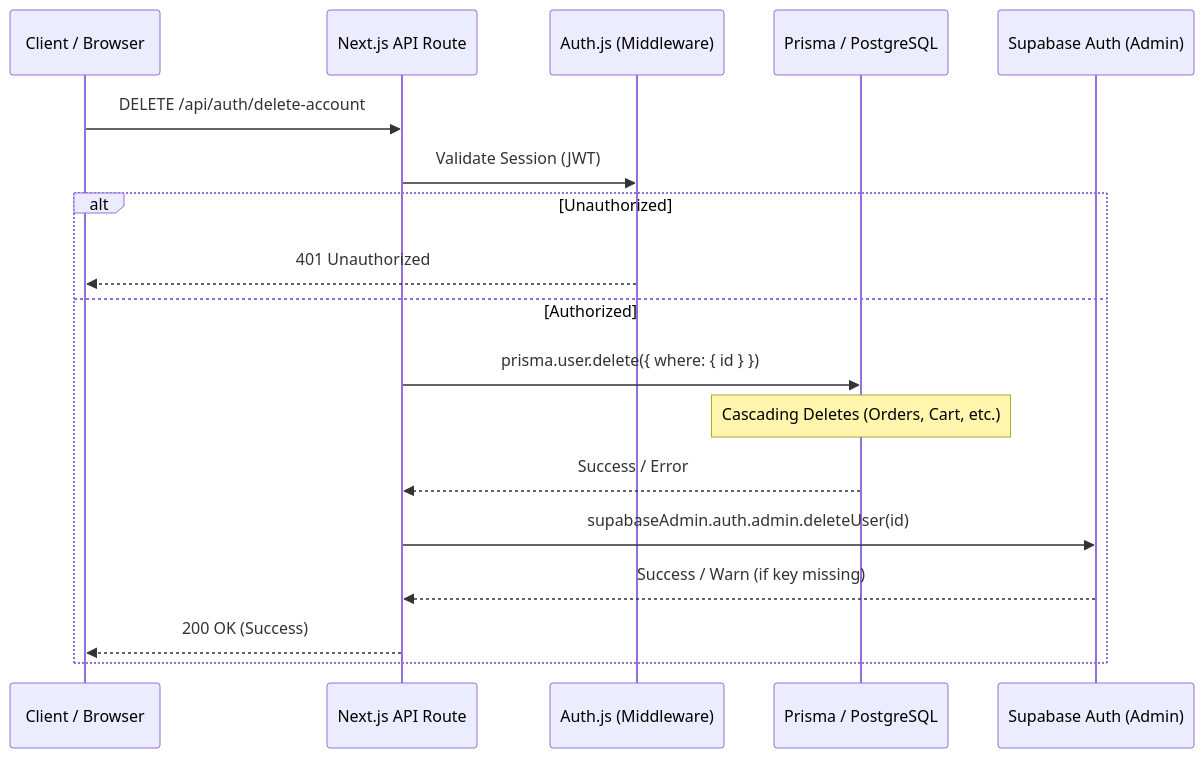
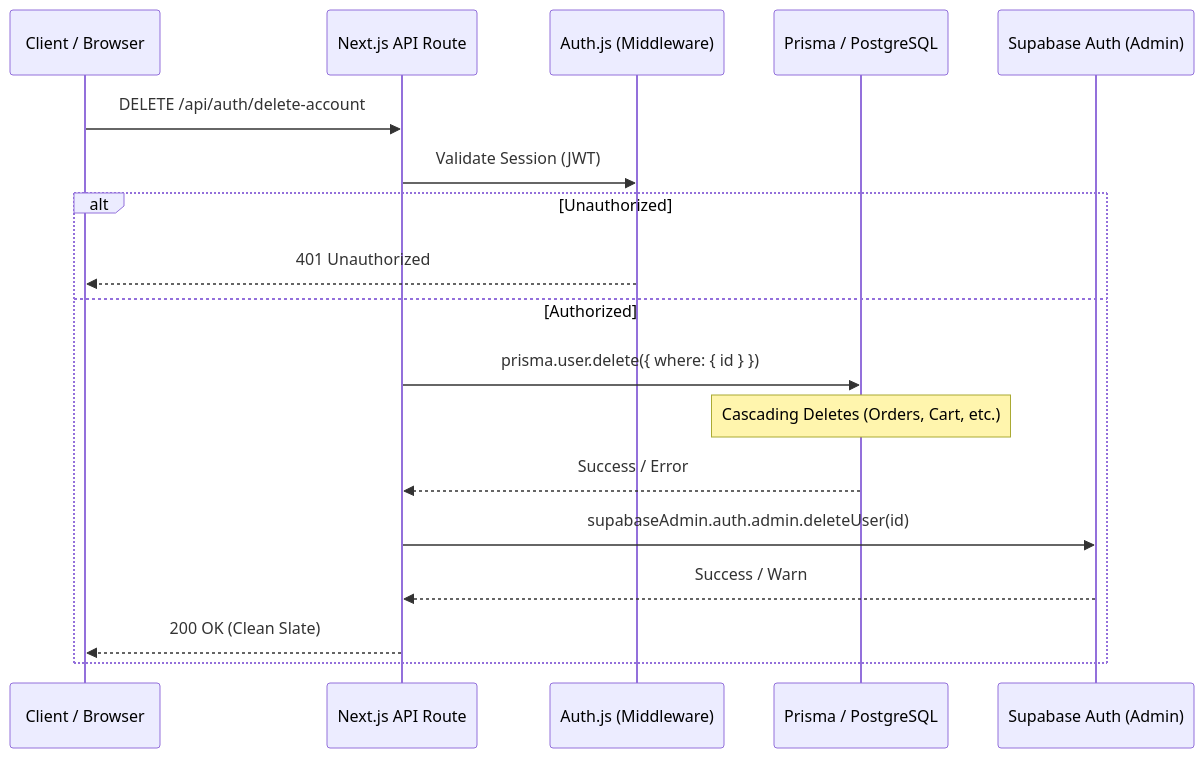
One commit to Devsebastian44/Modern-Esthete changed the second of 2 diagrams in README.md. Above: the diagram before and after it, drawn with Mermaid. The commit also changed other lines of this file and 12 other files, not shown here.

````diff
--- a/README.md
+++ b/README.md
@@ -107,21 +61,21 @@
 ```mermaid
 sequenceDiagram
     participant User as Client / Browser
     participant API as Next.js API Route
     participant Auth as Auth.js (Middleware)
     participant DB as Prisma / PostgreSQL
     participant SB as Supabase Auth (Admin)
 
     User->>API: DELETE /api/auth/delete-account
     API->>Auth: Validate Session (JWT)
     alt Unauthorized
         Auth-->>User: 401 Unauthorized
     else Authorized
         API->>DB: prisma.user.delete({ where: { id } })
         Note over DB: Cascading Deletes (Orders, Cart, etc.)
         DB-->>API: Success / Error
         API->>SB: supabaseAdmin.auth.admin.deleteUser(id)
-        SB-->>API: Success / Warn (if key missing)
-        API-->>User: 200 OK (Success)
+        SB-->>API: Success / Warn
+        API-->>User: 200 OK (Clean Slate)
     end
 ```
````
